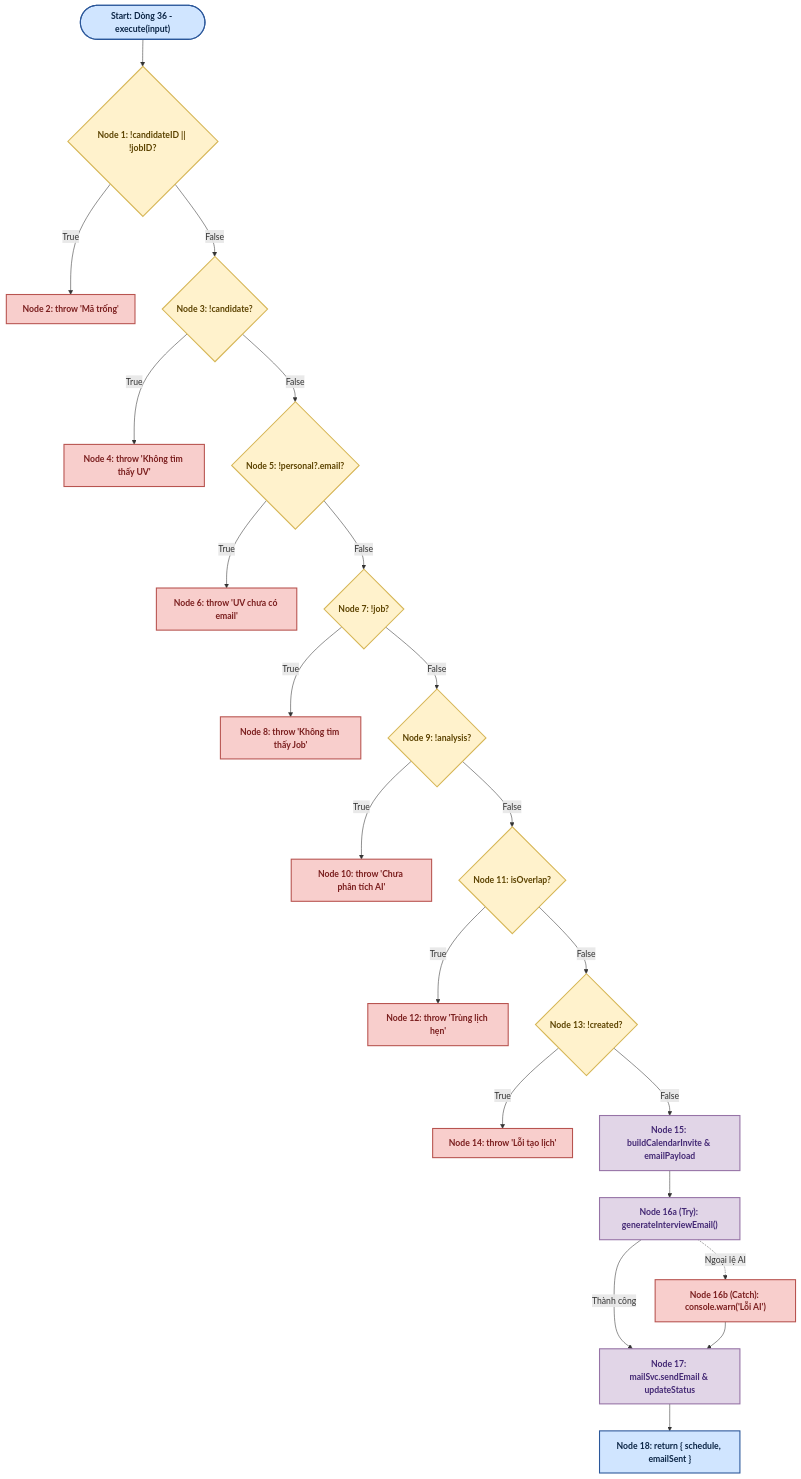
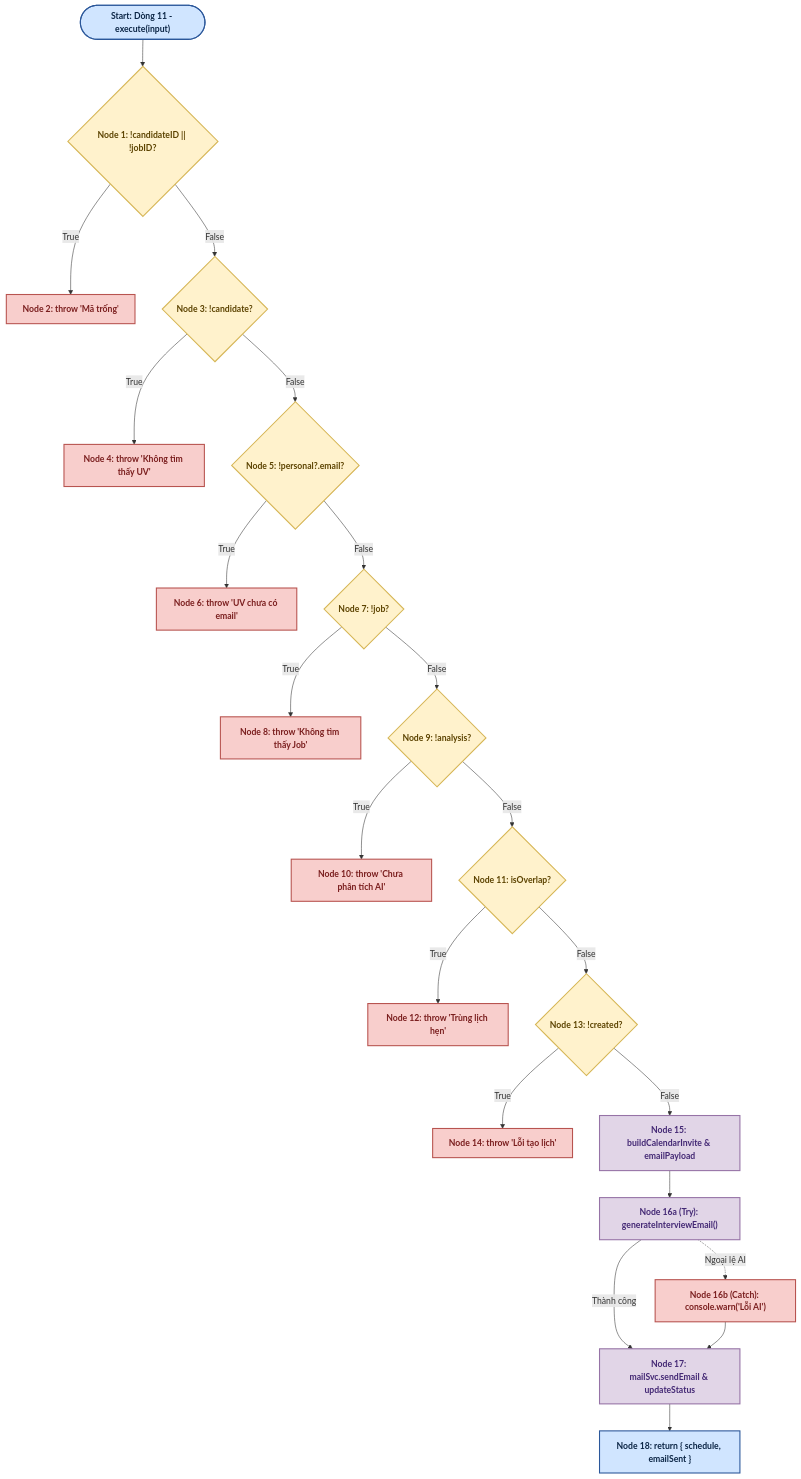
Before and after one commit to pvhung2112/cse462-testing: the first of 2 diagrams in hop-trang/KiemThuHopTrang_UC10_LenLichPhongVan.md, drawn with Mermaid. The commit also changed other lines of this file and 5 other files, not shown here.

````diff
--- a/hop-trang/KiemThuHopTrang_UC10_LenLichPhongVan.md
+++ b/hop-trang/KiemThuHopTrang_UC10_LenLichPhongVan.md
@@ -188,39 +163,39 @@
 ```mermaid
 flowchart TD
     %% Định nghĩa bảng màu trực quan chuẩn kiểm thử đồ thị
     classDef startEnd fill:#D0E5FF,stroke:#2B579A,stroke-width:2px,color:#0B2545,font-weight:bold;
     classDef decision fill:#FFF2CC,stroke:#D6B656,stroke-width:2px,color:#5C4300,font-weight:bold;
     classDef process fill:#E1D5E7,stroke:#9673A6,stroke-width:2px,color:#432874,font-weight:bold;
     classDef exception fill:#F8CECC,stroke:#B85450,stroke-width:2px,color:#7A1E1E,font-weight:bold;
 
-    Start(["Start: Dòng 36 - execute(input)"]):::startEnd --> N1{"Node 1: !candidateID || !jobID?"}:::decision
+    Start(["Start: Dòng 11 - execute(input)"]):::startEnd --> N1{"Node 1: !candidateID || !jobID?"}:::decision
     
     N1 -- "True" --> N2["Node 2: throw 'Mã trống'"]:::exception
     N1 -- "False" --> N3{"Node 3: !candidate?"}:::decision
     
     N3 -- "True" --> N4["Node 4: throw 'Không tìm thấy UV'"]:::exception
     N3 -- "False" --> N5{"Node 5: !personal?.email?"}:::decision
     
     N5 -- "True" --> N6["Node 6: throw 'UV chưa có email'"]:::exception
     N5 -- "False" --> N7{"Node 7: !job?"}:::decision
     
     N7 -- "True" --> N8["Node 8: throw 'Không tìm thấy Job'"]:::exception
     N7 -- "False" --> N9{"Node 9: !analysis?"}:::decision
     
     N9 -- "True" --> N10["Node 10: throw 'Chưa phân tích AI'"]:::exception
     N9 -- "False" --> N11{"Node 11: isOverlap?"}:::decision
     
     N11 -- "True" --> N12["Node 12: throw 'Trùng lịch hẹn'"]:::exception
     N11 -- "False" --> N13{"Node 13: !created?"}:::decision
     
     N13 -- "True" --> N14["Node 14: throw 'Lỗi tạo lịch'"]:::exception
     N13 -- "False" --> N15["Node 15: buildCalendarInvite & emailPayload"]:::process
     
     N15 --> N16a["Node 16a (Try): generateInterviewEmail()"]:::process
     
     N16a -- "Thành công" --> N17["Node 17: mailSvc.sendEmail & updateStatus"]:::process
     N16a -. "Ngoại lệ AI" .-> N16b["Node 16b (Catch): console.warn('Lỗi AI')"]:::exception
     N16b --> N17
     
     N17 --> N18["Node 18: return { schedule, emailSent }"]:::startEnd
 ```
````
